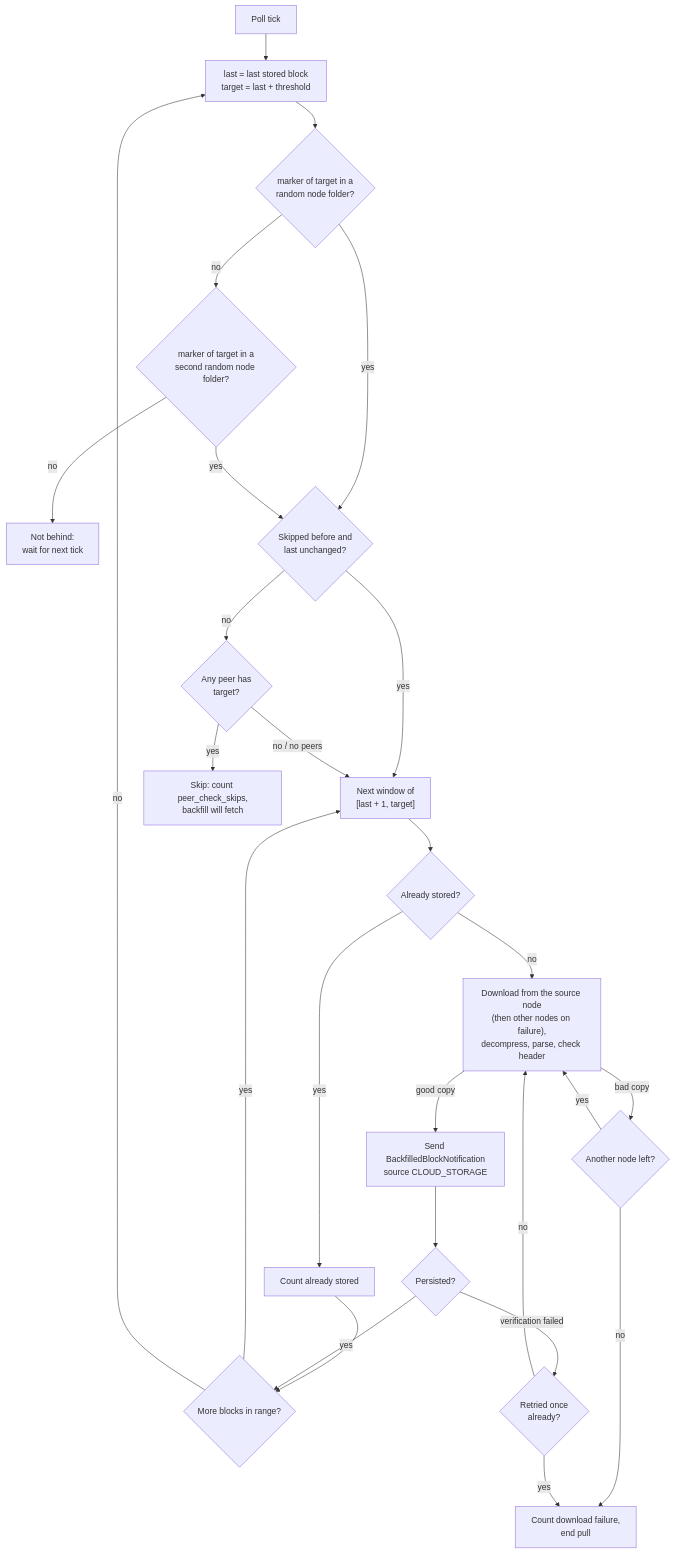
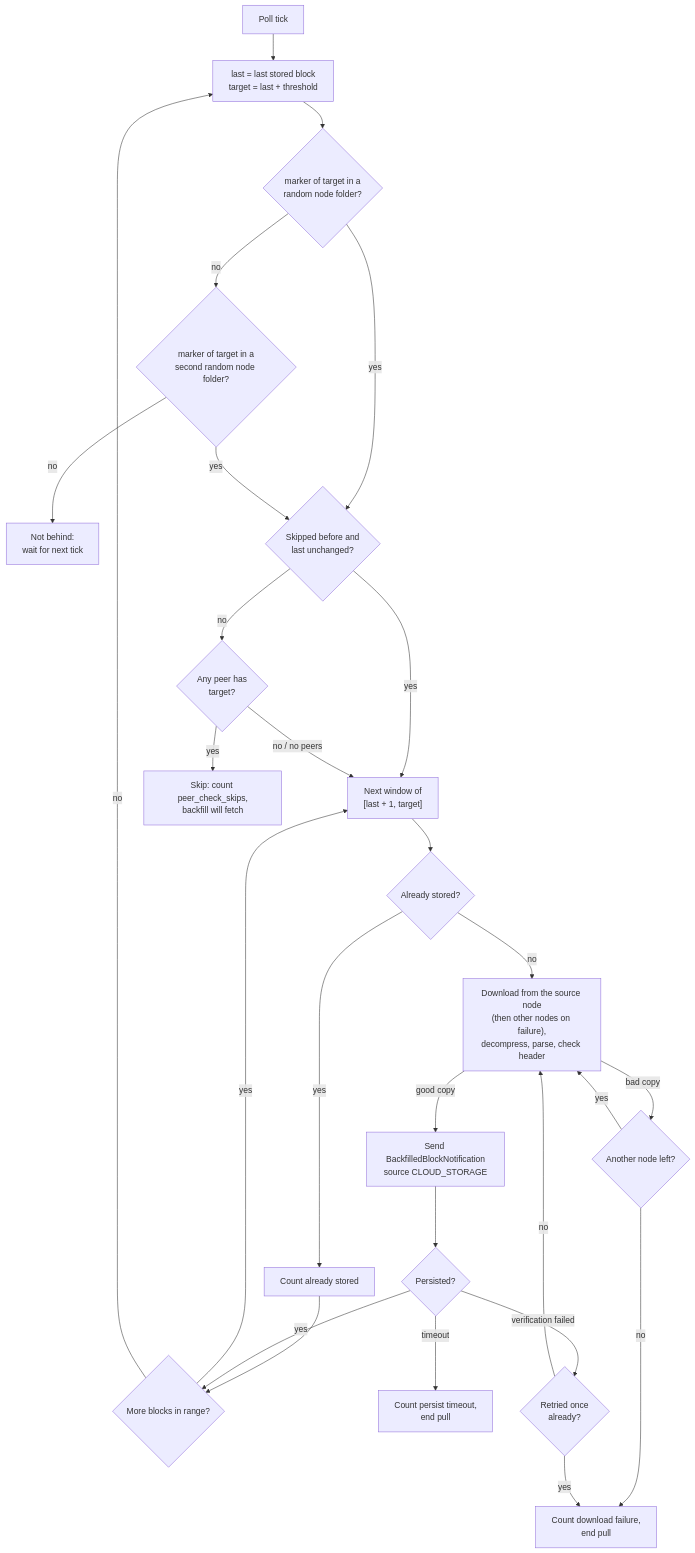
The first of 2 diagrams in docs/design/persistence/cloud-storage-download.md (hiero-ledger/hiero-block-node), drawn with Mermaid before and after one commit. The commit also changed other lines of this file, not shown here.

````diff
--- a/docs/design/persistence/cloud-storage-download.md
+++ b/docs/design/persistence/cloud-storage-download.md
@@ -318,27 +328,28 @@
 ```mermaid
 flowchart TD
     A[Poll tick] --> B["last = last stored block<br/>target = last + threshold"]
     B --> C{"marker of target in a<br/>random node folder?"}
     C -- no --> C2{"marker of target in a<br/>second random node folder?"}
     C2 -- no --> Z["Not behind:<br/>wait for next tick"]
     C -- yes --> D0{"Skipped before and<br/>last unchanged?"}
     C2 -- yes --> D0
     D0 -- yes --> E
     D0 -- no --> D{"Any peer has<br/>target?"}
     D -- yes --> P["Skip: count peer_check_skips,<br/>backfill will fetch"]
     D -- "no / no peers" --> E["Next window of<br/>[last + 1, target]"]
     E --> F{Already stored?}
     F -- yes --> F2[Count already stored] --> H
     F -- no --> G["Download from the source node<br/>(then other nodes on failure),<br/>decompress, parse, check header"]
     G -- bad copy --> G2{Another node left?}
     G2 -- yes --> G
     G2 -- no --> X["Count download failure,<br/>end pull"]
     G -- good copy --> S["Send BackfilledBlockNotification<br/>source CLOUD_STORAGE"]
     S --> W{"Persisted?"}
+    W -- timeout --> T["Count persist timeout,<br/>end pull"]
     W -- "verification failed" --> R{"Retried once<br/>already?"}
     R -- no --> G
     R -- yes --> X
     W -- yes --> H{More blocks in range?}
     H -- yes --> E
     H -- no --> B
 ```
````
